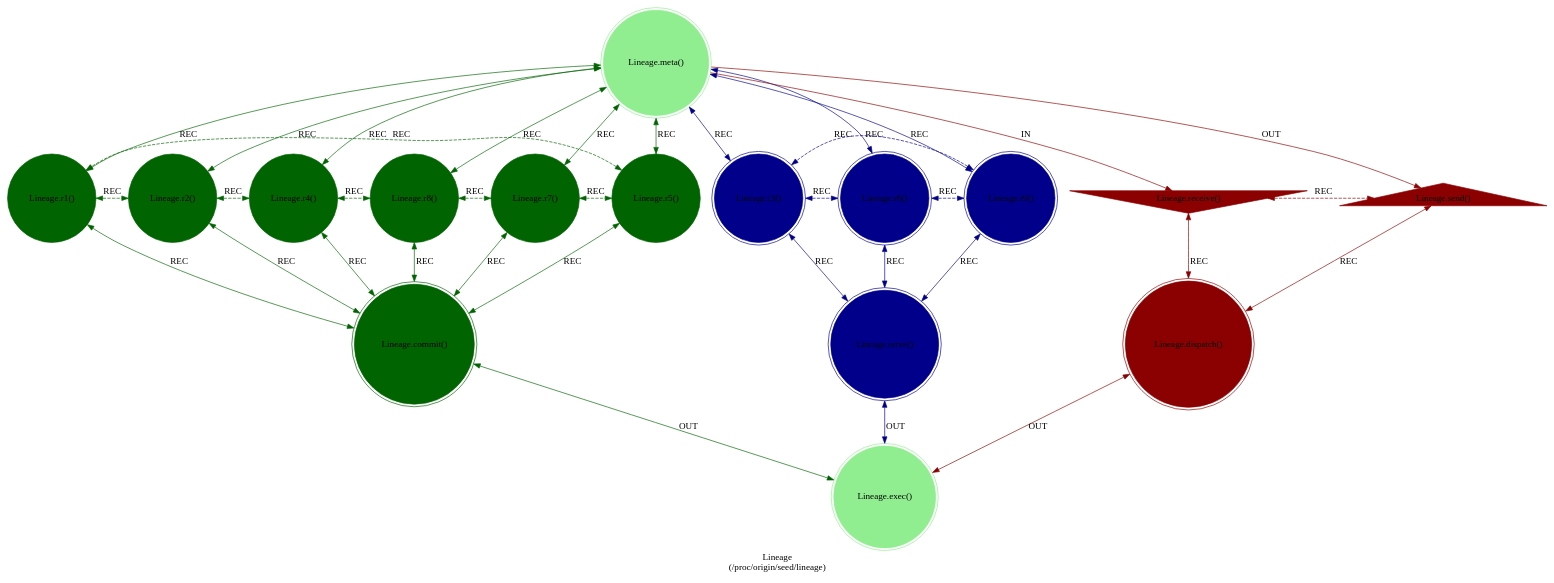
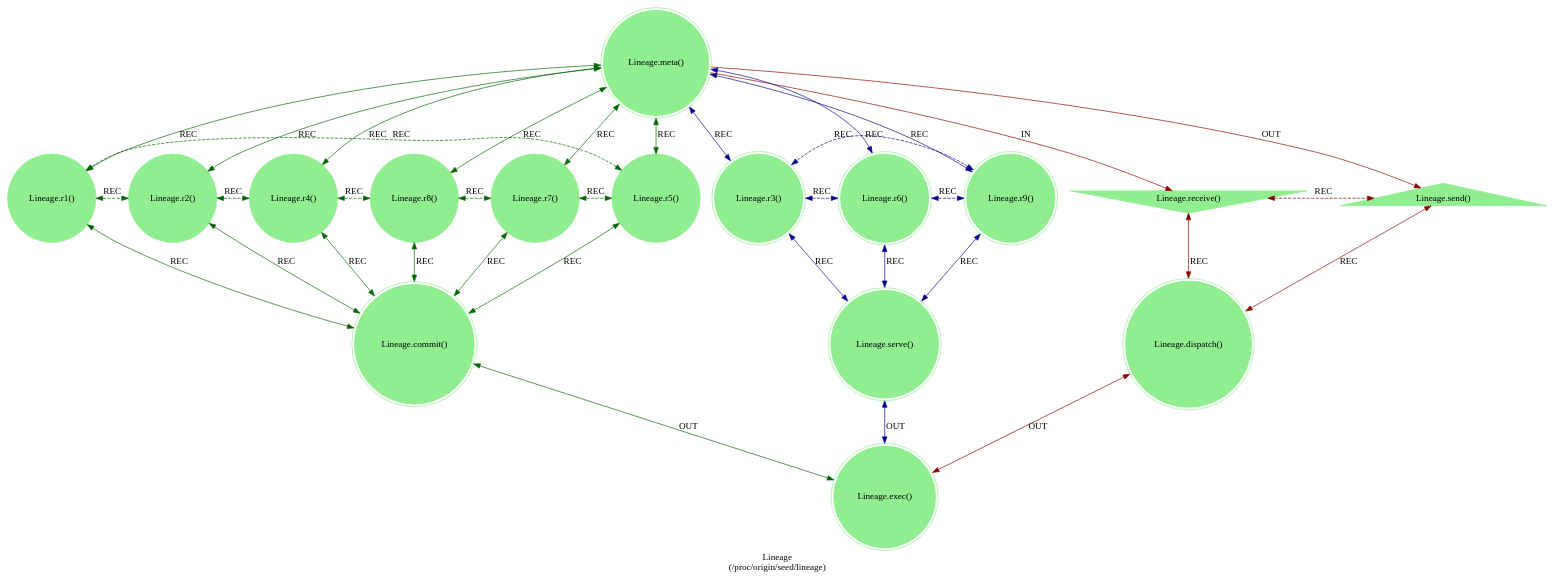
The diagram in src/includes/seed/lineage.dot (cilang/mythos), drawn with Graphviz before and after one commit. The commit also changed 1 other file, not shown here.

Commit message:
seed and lineage modified

```diff
--- a/src/includes/seed/lineage.dot
+++ b/src/includes/seed/lineage.dot
@@ -1,48 +1,48 @@
 strict digraph Lineage {
     label = "Lineage\n(/proc/origin/seed/lineage)";
     style = filled;
     color = lightgray;
     node [shape = circle; style = filled; color = lightgreen;];
     
     // The Axis A-0-B (In-Meta-Out).
     // The Sacred 3-6-9 (Boundary of Perception).
     // The Vortex 1-2-4-8-7-5 (Boundary of Comprehension).
     // The Router C-D-E
     // The Closure F
     spark_0_t [label = "Lineage.meta()";comment = "";shape = doublecircle;];
-    spark_1_t [label = "Lineage.r1()";comment = "";shape = circle;color = darkgreen;];
-    spark_2_t [label = "Lineage.r2()";comment = "";shape = circle;color = darkgreen;];
-    spark_4_t [label = "Lineage.r4()";comment = "";shape = circle;color = darkgreen;];
-    spark_8_t [label = "Lineage.r8()";comment = "";shape = circle;color = darkgreen;];
-    spark_7_t [label = "Lineage.r7()";comment = "";shape = circle;color = darkgreen;];
-    spark_5_t [label = "Lineage.r5()";comment = "";shape = circle;color = darkgreen;];
-    spark_3_t [label = "Lineage.r3()";comment = "";shape = doublecircle;color = darkblue;];
-    spark_6_t [label = "Lineage.r6()";comment = "";shape = doublecircle;color = darkblue;];
-    spark_9_t [label = "Lineage.r9()";comment = "";shape = doublecircle;color = darkblue;];
-    spark_a_t [label = "Lineage.receive()";comment = "";shape = invtriangle;color = darkred;];
-    spark_b_t [label = "Lineage.send()";comment = "";shape = triangle;color = darkred;];
-    spark_c_t [label = "Lineage.dispatch()";comment = "";shape = doublecircle;color = darkred;];
-    spark_d_t [label = "Lineage.commit()";comment = "";shape = doublecircle;color = darkgreen;];
-    spark_e_t [label = "Lineage.serve()";comment = "";shape = doublecircle;color = darkblue;];
+    spark_1_t [label = "Lineage.r1()";comment = "";shape = circle;];
+    spark_2_t [label = "Lineage.r2()";comment = "";shape = circle;];
+    spark_4_t [label = "Lineage.r4()";comment = "";shape = circle;];
+    spark_8_t [label = "Lineage.r8()";comment = "";shape = circle;];
+    spark_7_t [label = "Lineage.r7()";comment = "";shape = circle;];
+    spark_5_t [label = "Lineage.r5()";comment = "";shape = circle;];
+    spark_3_t [label = "Lineage.r3()";comment = "";shape = doublecircle;];
+    spark_6_t [label = "Lineage.r6()";comment = "";shape = doublecircle;];
+    spark_9_t [label = "Lineage.r9()";comment = "";shape = doublecircle;];
+    spark_a_t [label = "Lineage.receive()";comment = "";shape = invtriangle;];
+    spark_b_t [label = "Lineage.send()";comment = "";shape = triangle;];
+    spark_c_t [label = "Lineage.dispatch()";comment = "";shape = doublecircle;];
+    spark_d_t [label = "Lineage.commit()";comment = "";shape = doublecircle;];
+    spark_e_t [label = "Lineage.serve()";comment = "";shape = doublecircle;];
     spark_f_t [label = "Lineage.exec()";comment = "";shape = doublecircle;];
     
     // IN = Input
     // OUT = Output
     // REC = Recursion
     spark_0_t -> spark_a_t [label = "IN"; color = darkred; comment = "";];
     spark_0_t -> spark_b_t [label = "OUT"; color = darkred; comment = "";];
     spark_0_t -> {spark_3_t spark_6_t spark_9_t} [label = "REC"; color = darkblue; comment = ""; dir = both;];
     spark_0_t -> {spark_1_t spark_2_t spark_4_t spark_8_t spark_7_t spark_5_t} [label = "REC"; color = darkgreen; comment = ""; dir = both;];
     
     {spark_a_t spark_b_t} -> spark_c_t [label = "REC"; color = darkred; comment = ""; dir = both;];
     {spark_1_t spark_2_t spark_4_t spark_8_t spark_7_t spark_5_t} -> spark_d_t [label = "REC"; color = darkgreen; comment = ""; dir = both;];
     {spark_3_t spark_6_t spark_9_t} -> spark_e_t [label = "REC"; color = darkblue; comment = ""; dir = both;];
     
     spark_1_t -> spark_2_t -> spark_4_t -> spark_8_t -> spark_7_t -> spark_5_t -> spark_1_t [label = "REC"; color = darkgreen; comment = ""; style = dashed; constraint = false; dir = both;];
     spark_3_t -> spark_6_t -> spark_9_t -> spark_3_t [label = "REC"; color = darkblue; comment = ""; style = dashed; constraint = false; dir = both;];
     spark_a_t -> spark_b_t [label = "REC"; color = darkred; comment = ""; constraint = false; style = dashed; dir = both;];
     
     spark_c_t -> spark_f_t [label = "OUT"; color = darkred; comment = ""; dir = both;];
     spark_d_t -> spark_f_t [label = "OUT"; color = darkgreen; comment = ""; dir = both;];
     spark_e_t -> spark_f_t [label = "OUT"; color = darkblue; comment = ""; dir = both;];
 }
```
